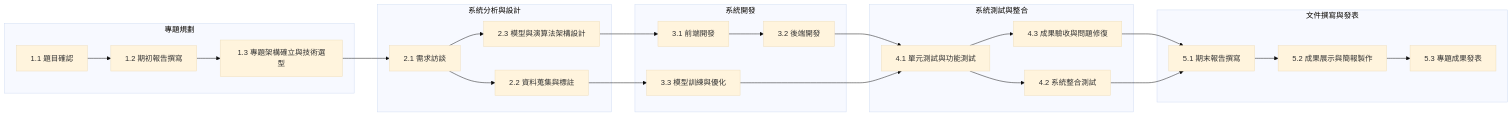
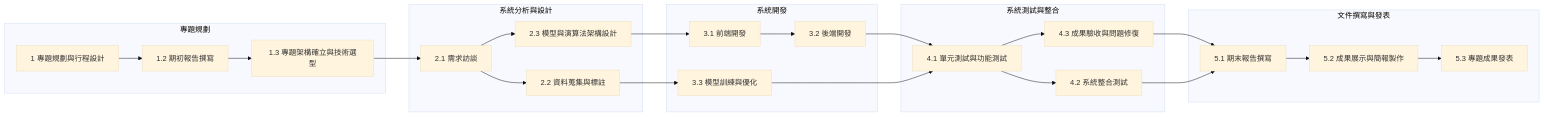
The second of 2 diagrams in README.md (groups7-ctrl/hw2), drawn with Mermaid (base theme) before and after one commit. The commit also changed other lines of this file, not shown here.

````diff
--- a/README.md
+++ b/README.md
@@ -50,30 +54,30 @@
 ```mermaid
 graph LR
 
 subgraph "專題規劃"
-    B[1.1 題目確認] --> C[1.2 期初報告撰寫];
+    B[1 專題規劃與行程設計] --> C[1.2 期初報告撰寫];
     C --> D[1.3 專題架構確立與技術選型];
 end
 subgraph "系統分析與設計"
     D --> E[2.1 需求訪談];
     E --> F[2.2 資料蒐集與標註];
     E --> G[2.3 模型與演算法架構設計];
 end
 subgraph "系統開發"
     G --> H[3.1 前端開發];
     H --> I[3.2 後端開發];
     F --> J[3.3 模型訓練與優化];
 end
 subgraph "系統測試與整合"
     I --> K[4.1 單元測試與功能測試];
     J --> K;
     K --> L[4.2 系統整合測試];
     K --> M[4.3 成果驗收與問題修復];
 end
 subgraph "文件撰寫與發表"
     M --> N[5.1 期末報告撰寫];
     L --> N;
     N --> O[5.2 成果展示與簡報製作];
     O --> P[5.3 專題成果發表];
 end
 ```
````
